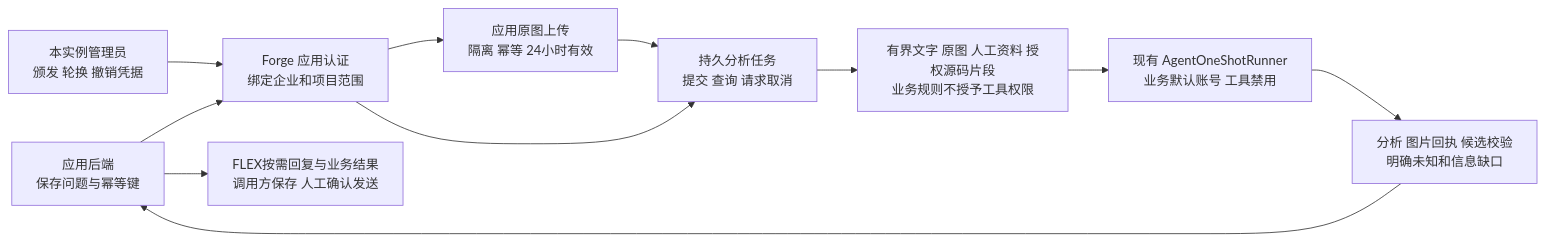
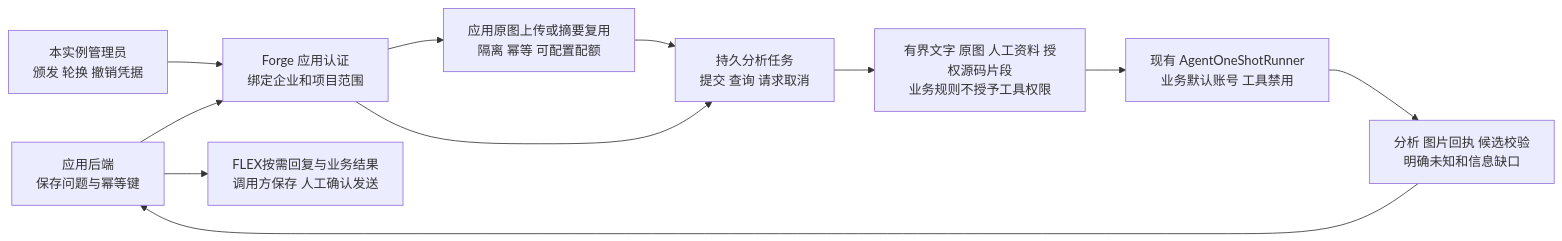
Diagram 50 of 51 in docs/ai-coding-architecture.md (exception-coder/kai-toolbox), drawn with Mermaid before and after one commit. The commit also changed other lines of this file and 24 other files, not shown here.

First line of the commit message:
feat(consult): 分离图片配额并支持回执复用和任务保留

````diff
--- a/docs/ai-coding-architecture.md
+++ b/docs/ai-coding-architecture.md
@@ -1261,13 +1261,13 @@
 ```mermaid
 flowchart LR
     APP["应用后端<br/>保存问题与幂等键"] --> AUTH["Forge 应用认证<br/>绑定企业和项目范围"]
     ADMIN["本实例管理员<br/>颁发 轮换 撤销凭据"] --> AUTH
-    AUTH --> IMAGE["应用原图上传<br/>隔离 幂等 24小时有效"]
+    AUTH --> IMAGE["应用原图上传或摘要复用<br/>隔离 幂等 可配置配额"]
     IMAGE --> TASK["持久分析任务<br/>提交 查询 请求取消"]
     AUTH --> TASK
     TASK --> DATA["有界文字 原图 人工资料 授权源码片段<br/>业务规则不授予工具权限"]
     DATA --> AGENT["现有 AgentOneShotRunner<br/>业务默认账号 工具禁用"]
     AGENT --> CHECK["分析 图片回执 候选校验<br/>明确未知和信息缺口"]
     CHECK --> APP
     APP --> HUMAN["FLEX按需回复与业务结果<br/>调用方保存 人工确认发送"]
 ```
````
